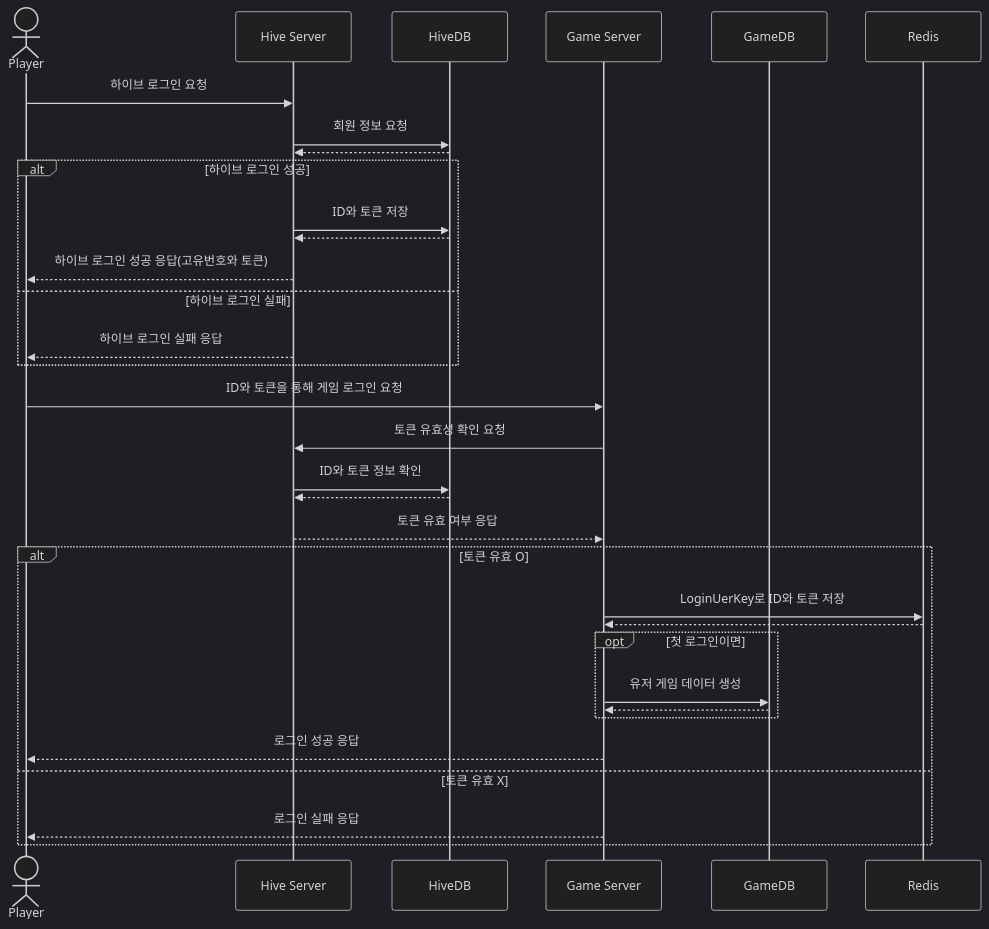
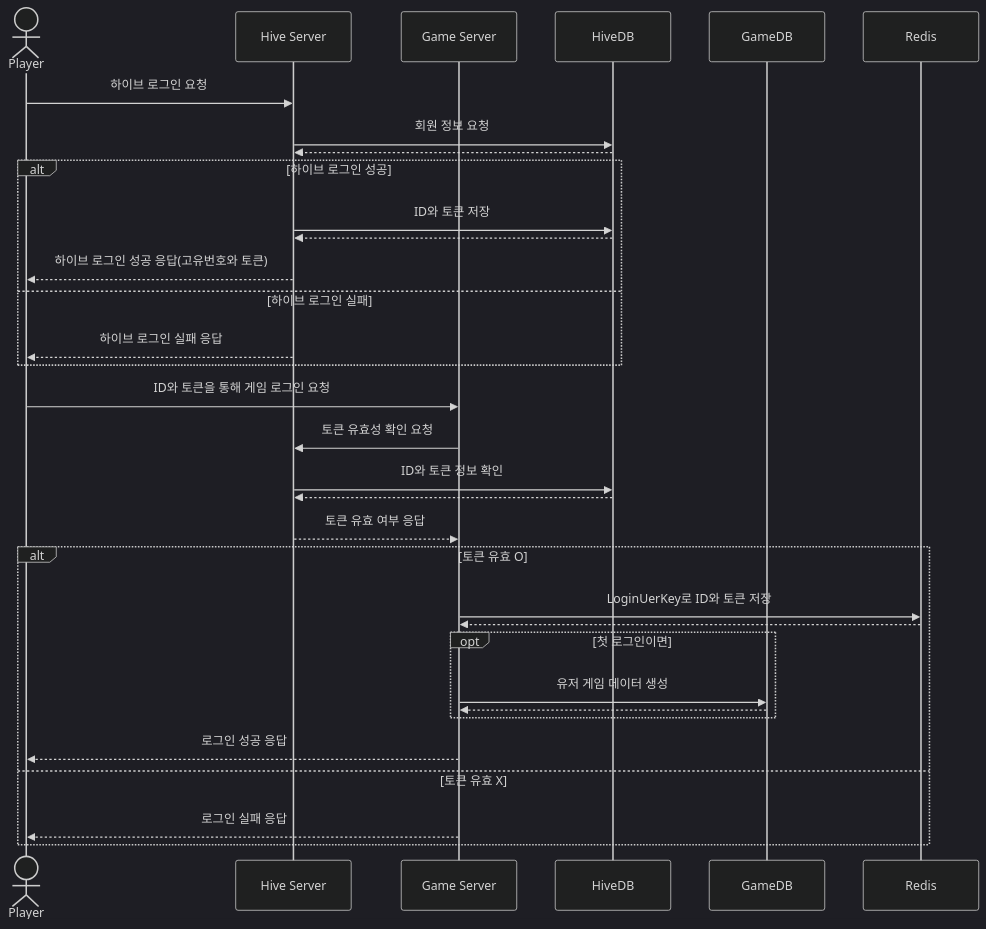
One commit to yujinS0/Omok-Game changed the second of 2 diagrams in SequenceDiagram/Register-Login.md. Above: the diagram before and after it, drawn with Mermaid (dark theme). The commit also changed other lines of this file, not shown here.

````diff
--- a/SequenceDiagram/Register-Login.md
+++ b/SequenceDiagram/Register-Login.md
@@ -23,47 +23,47 @@
 ```mermaid
 sequenceDiagram
 	actor P as Player
 	participant H as Hive Server
+	participant G as Game Server
 	participant HD as HiveDB
-	participant G as Game Server
 	participant GD as GameDB
 	participant R as Redis
 	
 	P ->> H: 하이브 로그인 요청
   	H ->> HD : 회원 정보 요청
   	HD -->> H : 
 
 	alt 하이브 로그인 성공
 		H ->> HD : ID와 토큰 저장
 		HD -->> H : 
 		H -->> P : 하이브 로그인 성공 응답(고유번호와 토큰) 
 	else 하이브 로그인 실패
 		H -->> P : 하이브 로그인 실패 응답
 	end
 
 	P ->> G : ID와 토큰을 통해 게임 로그인 요청
 	G ->> H : 토큰 유효성 확인 요청
 	H ->> HD : ID와 토큰 정보 확인
 	HD -->> H :  
 	H -->> G : 토큰 유효 여부 응답
 
 	alt 토큰 유효 O
 		G ->> R : LoginUerKey로 ID와 토큰 저장
 	  	R -->> G :  
 
 		opt 첫 로그인이면
 			G ->> GD : 유저 게임 데이터 생성
 			GD -->> G :  
 		end
 		G -->> P : 로그인 성공 응답
 	else 토큰 유효 X
 		G -->> P : 로그인 실패 응답
 	end
 
 
 
 
 
 
 
 ```
````
